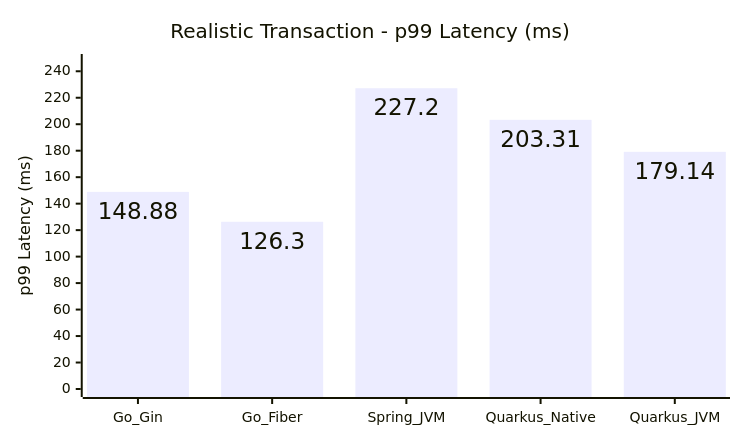
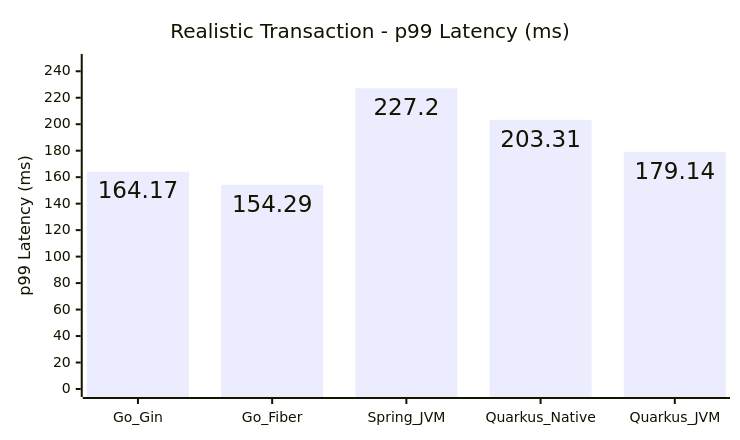
One commit to hiiamtin/go-vs-java changed the second of 15 diagrams in COMPARISON_REPORT.md. Above: the diagram before and after it, drawn with Mermaid. The commit also changed other lines of this file and 58 other files, not shown here.

````diff
--- a/COMPARISON_REPORT.md
+++ b/COMPARISON_REPORT.md
@@ -61,14 +61,14 @@
 ```mermaid
 ---
 config:
   xyChart:
     width: 720
     height: 420
     showDataLabel: true
 ---
 xychart
     title "Realistic Transaction - p99 Latency (ms)"
     x-axis [Go_Gin, Go_Fiber, Spring_JVM, Quarkus_Native, Quarkus_JVM]
     y-axis "p99 Latency (ms)" 0 --> 247
-    bar [148.88, 126.3, 227.2, 203.31, 179.14]
+    bar [164.17, 154.29, 227.2, 203.31, 179.14]
 ```
````
